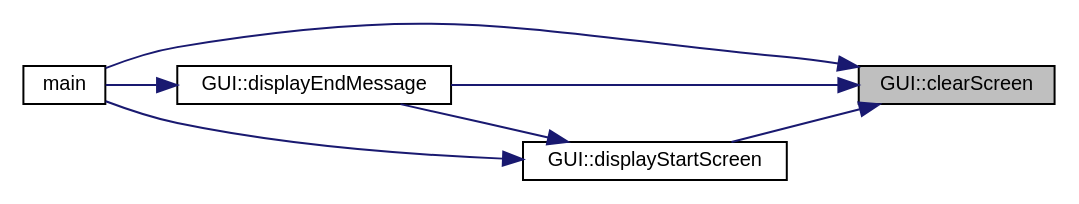
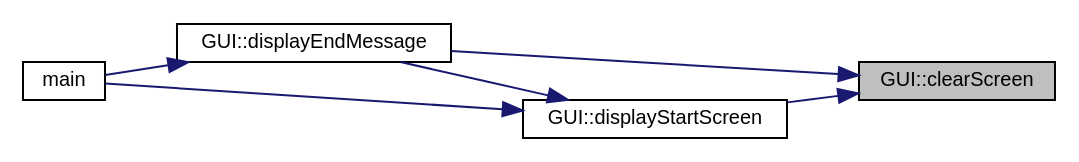
Before and after one commit to jesstyrrell/cosc345: the diagram in class_g_u_i_acf2275f45170a133113df56f878ff554_icgraph.dot, drawn with Graphviz. The commit also changed 175 other files, not shown here.

```diff
--- a/class_g_u_i_acf2275f45170a133113df56f878ff554_icgraph.dot
+++ b/class_g_u_i_acf2275f45170a133113df56f878ff554_icgraph.dot
@@ -1,18 +1,17 @@
 digraph "GUI::clearScreen"
 {
  // INTERACTIVE_SVG=YES
  // LATEX_PDF_SIZE
   edge [fontname="Helvetica",fontsize="10",labelfontname="Helvetica",labelfontsize="10"];
   node [fontname="Helvetica",fontsize="10",shape=record];
   rankdir="RL";
   Node1 [label="GUI::clearScreen",height=0.2,width=0.4,color="black", fillcolor="grey75", style="filled", fontcolor="black",tooltip="Clears the console screen."];
   Node1 -> Node2 [dir="back",color="midnightblue",fontsize="10",style="solid",fontname="Helvetica"];
   Node2 [label="GUI::displayEndMessage",height=0.2,width=0.4,color="black", fillcolor="white", style="filled",URL="$class_g_u_i.html#a663dad721796a4f367c2534e1901fc97",tooltip="Displays the end message when the game is over."];
   Node2 -> Node3 [dir="back",color="midnightblue",fontsize="10",style="solid",fontname="Helvetica"];
   Node3 [label="main",height=0.2,width=0.4,color="black", fillcolor="white", style="filled",URL="$main_8cpp.html#a0ddf1224851353fc92bfbff6f499fa97",tooltip=" "];
   Node1 -> Node4 [dir="back",color="midnightblue",fontsize="10",style="solid",fontname="Helvetica"];
   Node4 [label="GUI::displayStartScreen",height=0.2,width=0.4,color="black", fillcolor="white", style="filled",URL="$class_g_u_i.html#a0dc53c5a6daa0f01b57c4d4731b4d933",tooltip="Displays the start screen of the game."];
   Node4 -> Node2 [dir="back",color="midnightblue",fontsize="10",style="solid",fontname="Helvetica"];
   Node4 -> Node3 [dir="back",color="midnightblue",fontsize="10",style="solid",fontname="Helvetica"];
-  Node1 -> Node3 [dir="back",color="midnightblue",fontsize="10",style="solid",fontname="Helvetica"];
 }
```
